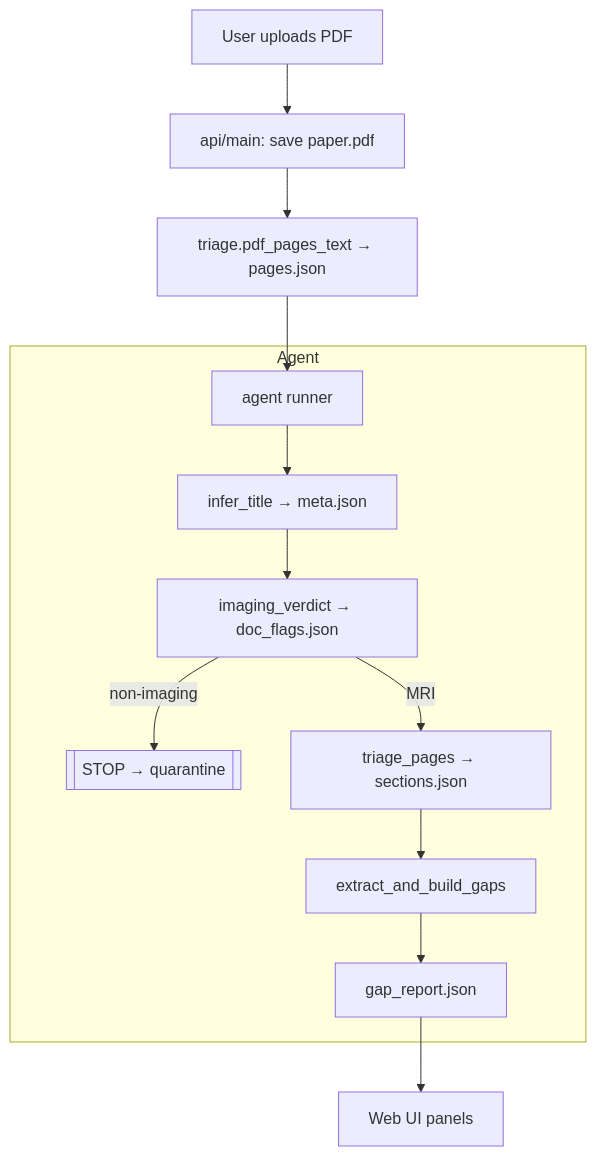
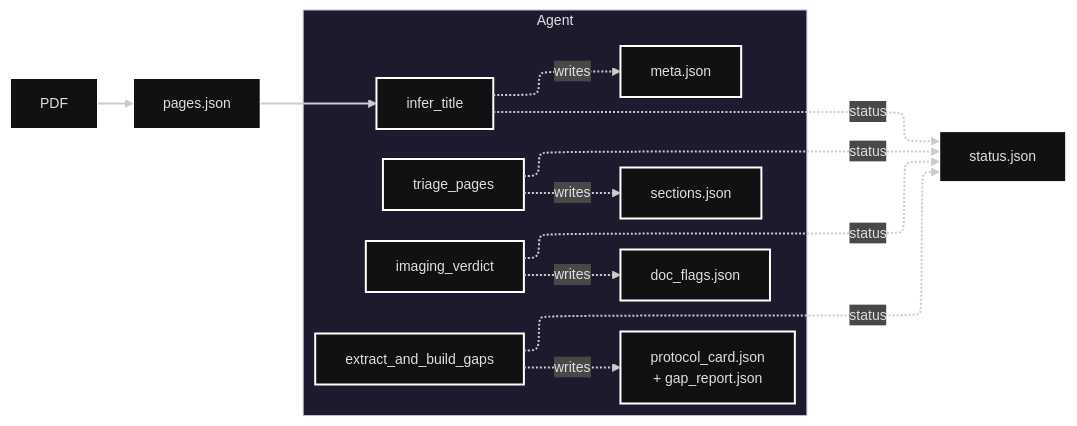
The diagram in README.md (karthik-durai/ai_agent_protocol_pilot), drawn with Mermaid before and after one commit.

Commit message:
update diagram

````diff
--- a/README.md
+++ b/README.md
@@ -48,17 +48,31 @@
 ```mermaid
-flowchart TD
-    U[User uploads PDF] --> A[api/main: save paper.pdf]
-    A --> P[triage.pdf_pages_text → pages.json]
-    P --> R[agent runner]
+---
+config:
+  layout: elk
+  theme: redux-dark
+---
+flowchart LR
+  A[PDF] --> B[pages.json]
+  subgraph AG[Agent]
+    direction TB
+    T1[infer_title]
+    M1[meta.json]
+    T2[imaging_verdict]
+    M2[doc_flags.json]
+    T3[triage_pages]
+    M3[sections.json]
+    T4[extract_and_build_gaps]
+    M4[protocol_card.json<br/>+ gap_report.json]
+    T1 -. writes .-> M1
+    T2 -. writes .-> M2
+    T3 -. writes .-> M3
+    T4 -. writes .-> M4
+  end
+  B --> T1
+  S[status.json]
+  T1 -. status .-> S
+  T2 -. status .-> S
+  T3 -. status .-> S
+  T4 -. status .-> S
 
-    subgraph Agent
-      R --> T1[infer_title → meta.json]
-      T1 --> V[imaging_verdict → doc_flags.json]
-      V -- non-imaging --> Q[[STOP → quarantine]]
-      V -- MRI --> T2[triage_pages → sections.json]
-      T2 --> E1[extract_and_build_gaps]
-      E1 --> G[gap_report.json]
-    end
-
-    G --> UI[Web UI panels]
 ```
````
